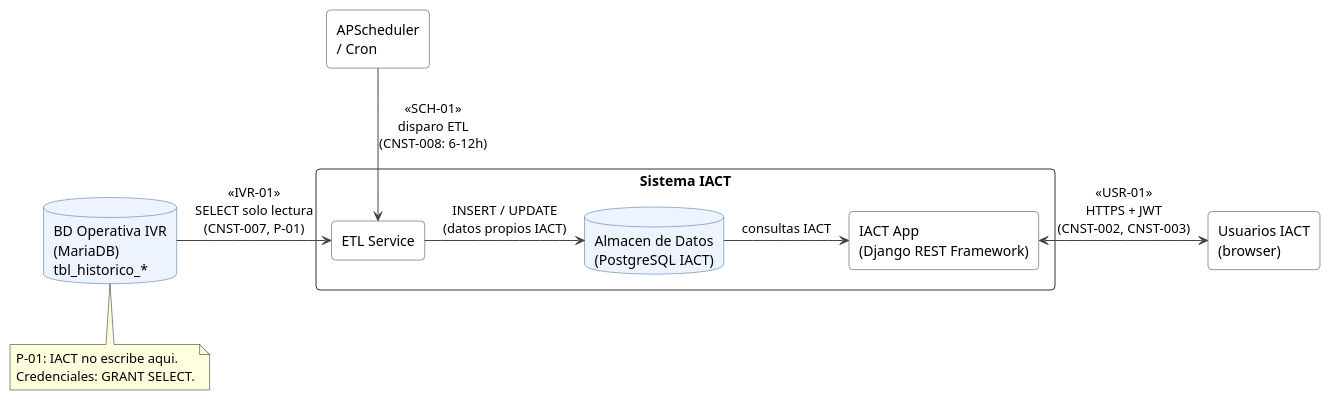
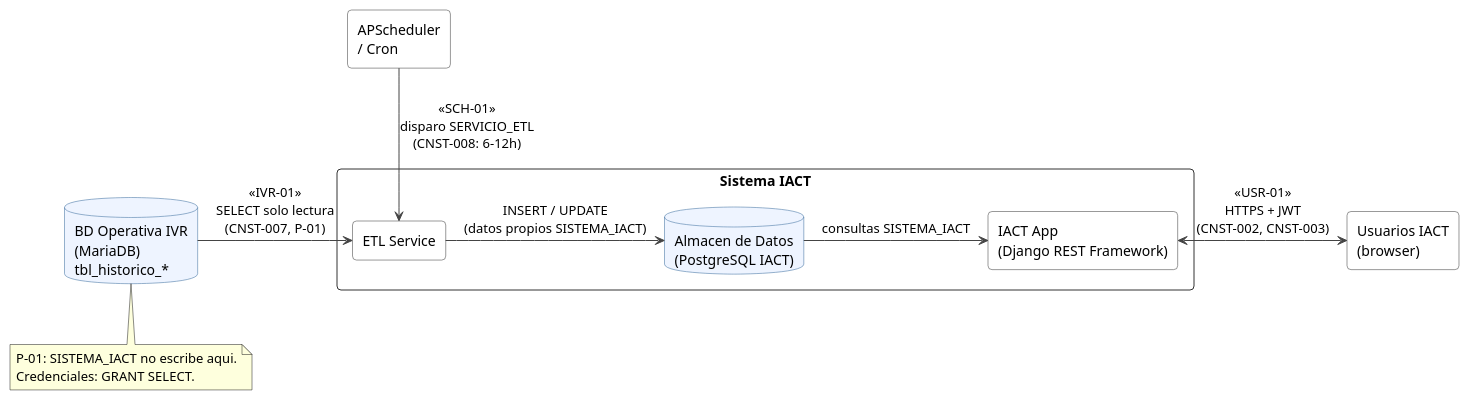
Before and after one commit to jcg-admin/IACT-docs: the diagram in source/arquitectura-tecnica/context-view/external-interfaces.rst, drawn with PlantUML. The commit also changed 99 other files, not shown here.

First line of the commit message:
Fix ABREV_CORTA aliases in PlantUML blocks (97 files)

```diff
--- a/source/arquitectura-tecnica/context-view/external-interfaces.rst
+++ b/source/arquitectura-tecnica/context-view/external-interfaces.rst
@@ -80,39 +80,39 @@
 .. uml::
  :caption: Figura — Interfaces externas del sistema IACT
 
  @startuml
 
  skinparam rectangle {
    BackgroundColor White
    BorderColor #333333
    RoundCorner 8
  }
  skinparam database {
    BackgroundColor #EEF4FF
    BorderColor #336699
  }
  skinparam arrowColor #444444
  skinparam shadowing false
 
  database "BD Operativa IVR\n(MariaDB)\ntbl_historico_*" as BDOperativa
  rectangle "APScheduler\n/ Cron" as Scheduler
  rectangle "Usuarios IACT\n(browser)" as Usuarios
 
- rectangle "Sistema IACT" as IACT {
-   rectangle "ETL Service" as ETL
+ rectangle "Sistema IACT" as SISTEMA_IACT {
+   rectangle "ETL Service" as SERVICIO_ETL
    rectangle "IACT App\n(Django REST Framework)" as App
    database "Almacen de Datos\n(PostgreSQL IACT)" as BDPropia
  }
 
- BDOperativa -right-> ETL : <<IVR-01>>\nSELECT solo lectura\n(CNST-007, P-01)
- Scheduler -down-> ETL  : <<SCH-01>>\ndisparo ETL\n(CNST-008: 6-12h)
- ETL -right-> BDPropia  : INSERT / UPDATE\n(datos propios IACT)
- BDPropia -right-> App  : consultas IACT
+ BDOperativa -right-> SERVICIO_ETL : <<IVR-01>>\nSELECT solo lectura\n(CNST-007, P-01)
+ Scheduler -down-> SERVICIO_ETL  : <<SCH-01>>\ndisparo SERVICIO_ETL\n(CNST-008: 6-12h)
+ SERVICIO_ETL -right-> BDPropia  : INSERT / UPDATE\n(datos propios SISTEMA_IACT)
+ BDPropia -right-> App  : consultas SISTEMA_IACT
  Usuarios <-right-> App : <<USR-01>>\nHTTPS + JWT\n(CNST-002, CNST-003)
 
  note bottom of BDOperativa
-   P-01: IACT no escribe aqui.
+   P-01: SISTEMA_IACT no escribe aqui.
    Credenciales: GRANT SELECT.
  end note
 
  @enduml
```
